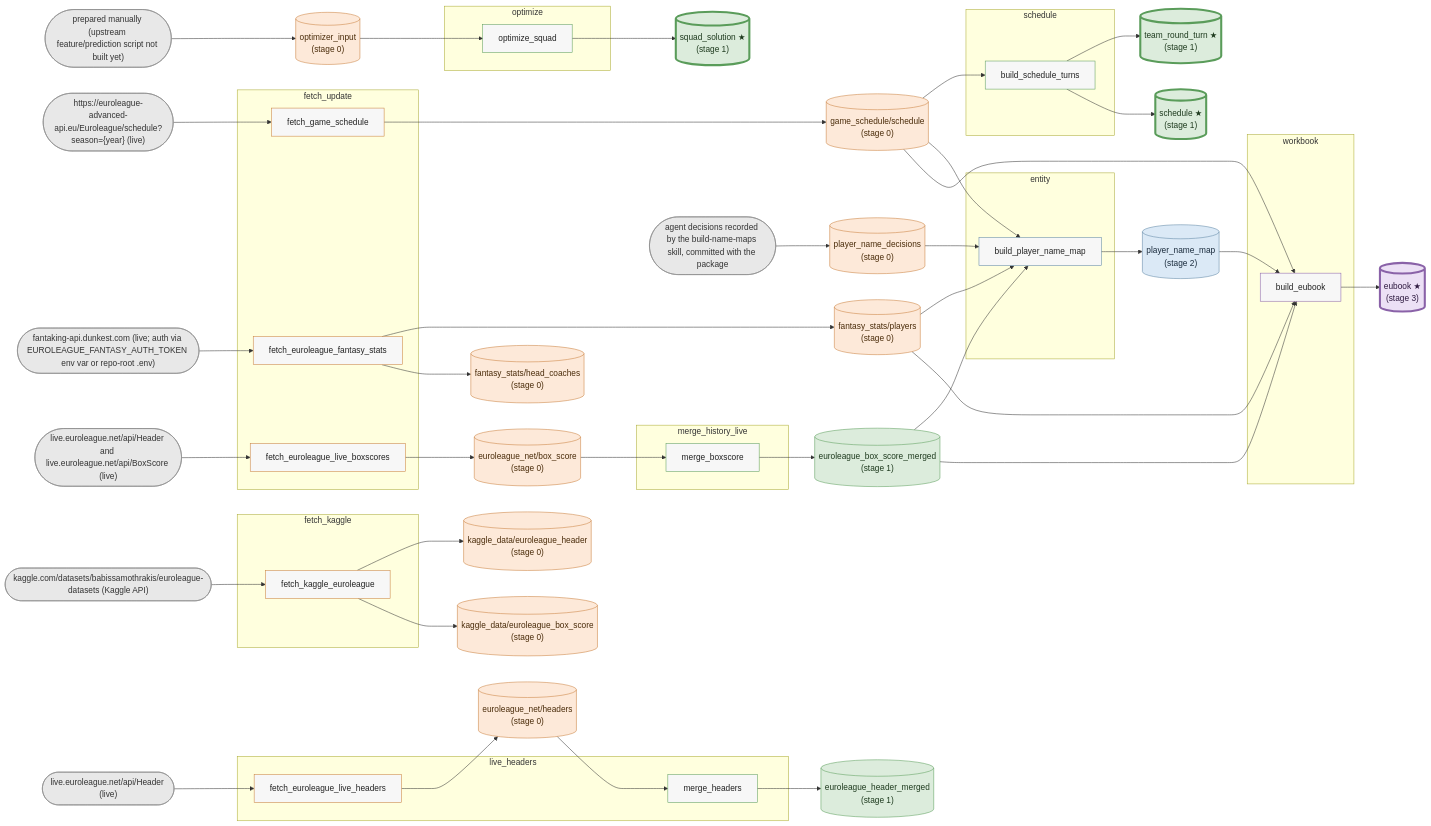
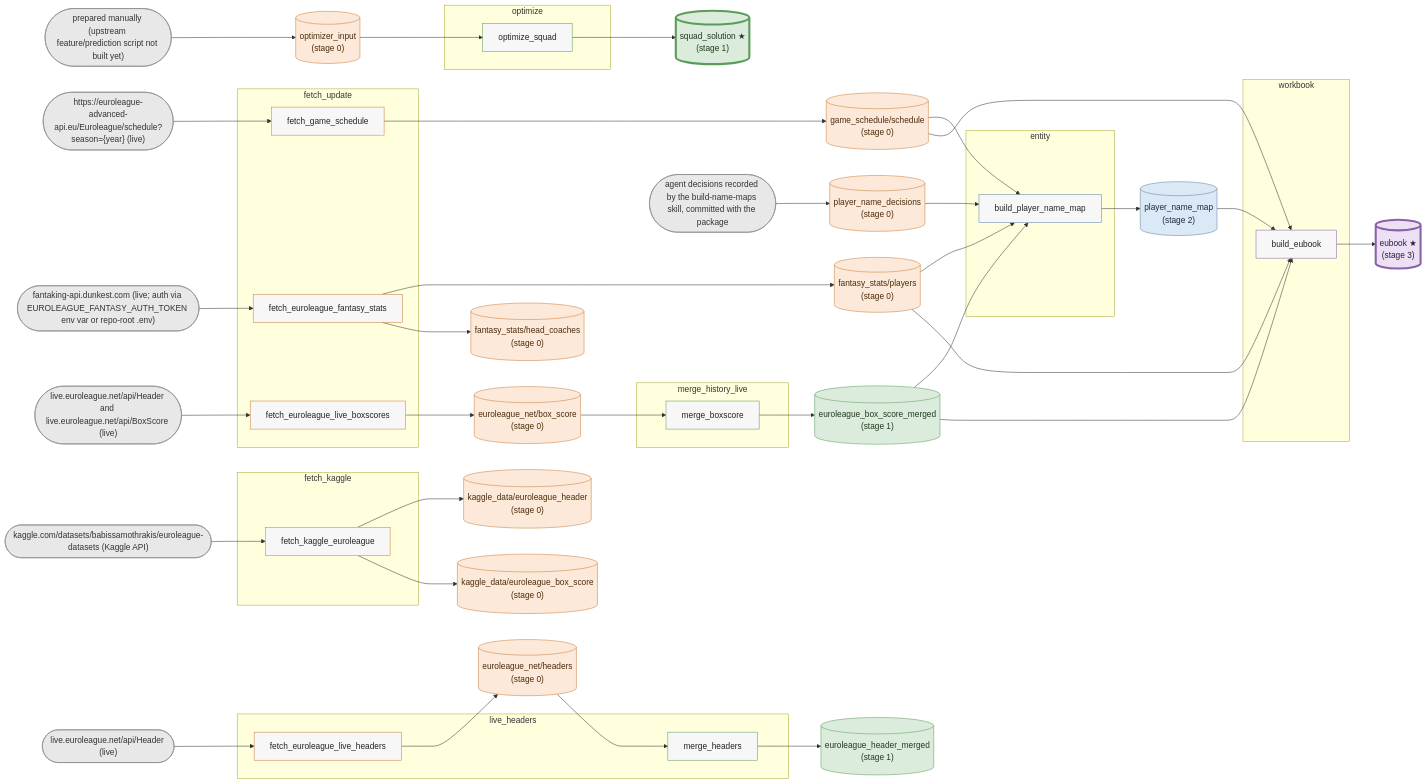
Before and after one commit to Takfes/indie-euroleague: the diagram in docs/data-graph.md, drawn with Mermaid. The commit also changed 10 other files, not shown here.

First line of the commit message:
refactor: retire build_schedule_turns and use its T1/T2 rule in the workbook

````diff
--- a/docs/data-graph.md
+++ b/docs/data-graph.md
@@ -37,9 +37,6 @@
     subgraph p_optimize["optimize"]
         s_optimize_squad["optimize_squad"]
     end
-    subgraph p_schedule["schedule"]
-        s_build_schedule_turns["build_schedule_turns"]
-    end
     subgraph p_workbook["workbook"]
         s_build_eubook["build_eubook"]
     end
@@ -56,9 +53,7 @@
     d_player_name_decisions[("player_name_decisions<br/>(stage 0)")]
     d_euroleague_box_score_merged[("euroleague_box_score_merged<br/>(stage 1)")]
     d_euroleague_header_merged[("euroleague_header_merged<br/>(stage 1)")]
-    d_schedule[("schedule ★<br/>(stage 1)")]
     d_squad_solution[("squad_solution ★<br/>(stage 1)")]
-    d_team_round_turn[("team_round_turn ★<br/>(stage 1)")]
     d_player_name_map[("player_name_map<br/>(stage 2)")]
     d_eubook[("eubook ★<br/>(stage 3)")]
 
@@ -71,14 +66,11 @@
     d_fantasy_stats_players --> s_build_player_name_map
     d_game_schedule_schedule --> s_build_eubook
     d_game_schedule_schedule --> s_build_player_name_map
-    d_game_schedule_schedule --> s_build_schedule_turns
     d_optimizer_input --> s_optimize_squad
     d_player_name_decisions --> s_build_player_name_map
     d_player_name_map --> s_build_eubook
     s_build_eubook --> d_eubook
     s_build_player_name_map --> d_player_name_map
-    s_build_schedule_turns --> d_schedule
-    s_build_schedule_turns --> d_team_round_turn
     s_fetch_euroleague_fantasy_stats --> d_fantasy_stats_head_coaches
     s_fetch_euroleague_fantasy_stats --> d_fantasy_stats_players
     s_fetch_euroleague_live_boxscores --> d_euroleague_net_box_score
@@ -109,13 +101,13 @@
     classDef stage2 fill:#dbe9f6,stroke:#5b84a3,color:#1a2b3c
     classDef stage3_final fill:#ece0f5,stroke:#8a62a8,color:#2f1a40,stroke-width:4px
     class s_fetch_euroleague_fantasy_stats,s_fetch_euroleague_live_boxscores,s_fetch_euroleague_live_headers,s_fetch_game_schedule,s_fetch_kaggle_euroleague script_stage0
-    class s_build_schedule_turns,s_merge_boxscore,s_merge_headers,s_optimize_squad script_stage1
+    class s_merge_boxscore,s_merge_headers,s_optimize_squad script_stage1
     class s_build_player_name_map script_stage2
     class s_build_eubook script_stage3
     class x_agent_decisions_recorded_by_the_build_name_maps_skill__committed_with_the_package,x_fantaking_api_dunkest_com__live__auth_via_EUROLEAGUE_FANTASY_AUTH_TOKEN_env_var_or_repo_root__env_,x_https___euroleague_advanced_api_eu_Euroleague_schedule_season__year___live_,x_kaggle_com_datasets_babissamothrakis_euroleague_datasets__Kaggle_API_,x_live_euroleague_net_api_Header__live_,x_live_euroleague_net_api_Header_and_live_euroleague_net_api_BoxScore__live_,x_prepared_manually__upstream_feature_prediction_script_not_built_yet_ source
     class d_euroleague_net_box_score,d_euroleague_net_headers,d_fantasy_stats_head_coaches,d_fantasy_stats_players,d_game_schedule_schedule,d_kaggle_data_euroleague_box_score,d_kaggle_data_euroleague_header,d_optimizer_input,d_player_name_decisions stage0
     class d_euroleague_box_score_merged,d_euroleague_header_merged stage1
-    class d_schedule,d_squad_solution,d_team_round_turn stage1_final
+    class d_squad_solution stage1_final
     class d_player_name_map stage2
     class d_eubook stage3_final
 ```
````
